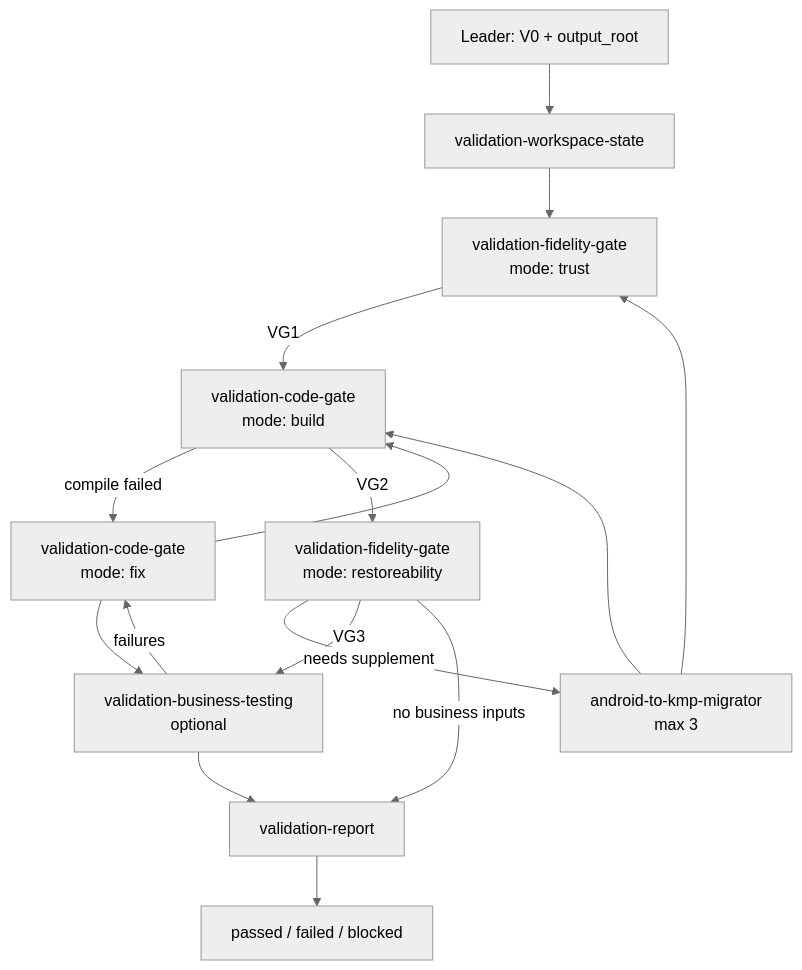
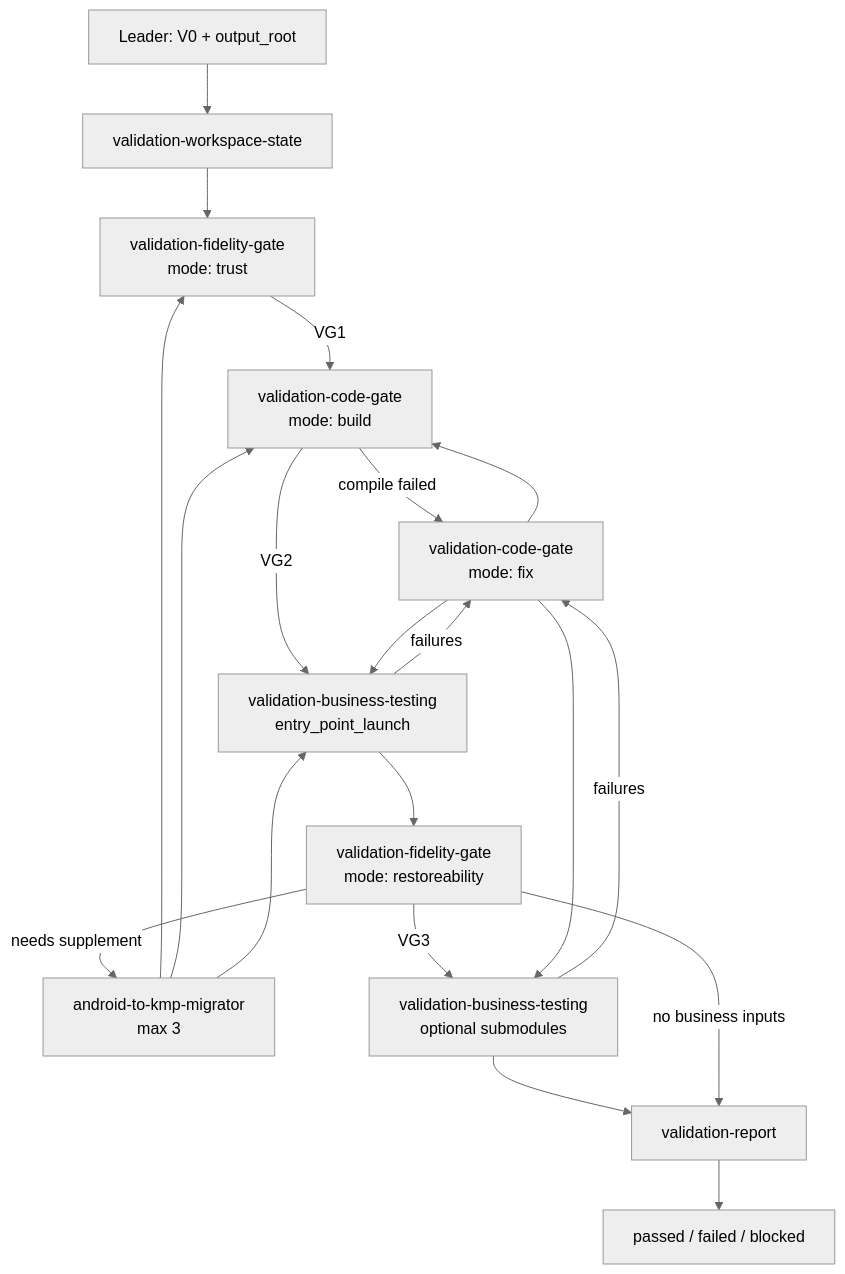
The diagram in npx_skills/skills/kmp-test-validator/workflow.md (winson-AI/CodeAgent-exp), drawn with Mermaid (neutral theme) before and after one commit. The commit also changed other lines of this file and 18 other files, not shown here.

Commit message:
enhance the entry point switched

````diff
--- a/npx_skills/skills/kmp-test-validator/workflow.md
+++ b/npx_skills/skills/kmp-test-validator/workflow.md
@@ -7,18 +7,22 @@
 ```mermaid
 graph TD
   L0[Leader: V0 + output_root] --> WS[validation-workspace-state]
   WS --> FG1[validation-fidelity-gate<br/>mode: trust]
   FG1 -->|VG1| CG1[validation-code-gate<br/>mode: build]
   CG1 -->|compile failed| CG2[validation-code-gate<br/>mode: fix]
   CG2 --> CG1
-  CG1 -->|VG2| FG2[validation-fidelity-gate<br/>mode: restoreability]
+  CG1 -->|VG2| EPL[validation-business-testing<br/>entry_point_launch]
+  EPL -->|failures| CG2
+  CG2 --> EPL
+  EPL --> FG2[validation-fidelity-gate<br/>mode: restoreability]
   FG2 -->|needs supplement| MIG[android-to-kmp-migrator<br/>max 3]
   MIG --> FG1
   MIG --> CG1
-  FG2 -->|VG3| BT[validation-business-testing<br/>optional]
+  MIG --> EPL
+  FG2 -->|VG3| BT[validation-business-testing<br/>optional submodules]
   BT -->|failures| CG2
   CG2 --> BT
   BT --> VR[validation-report]
   FG2 -->|no business inputs| VR
   VR --> OUT[passed / failed / blocked]
 ```
````
